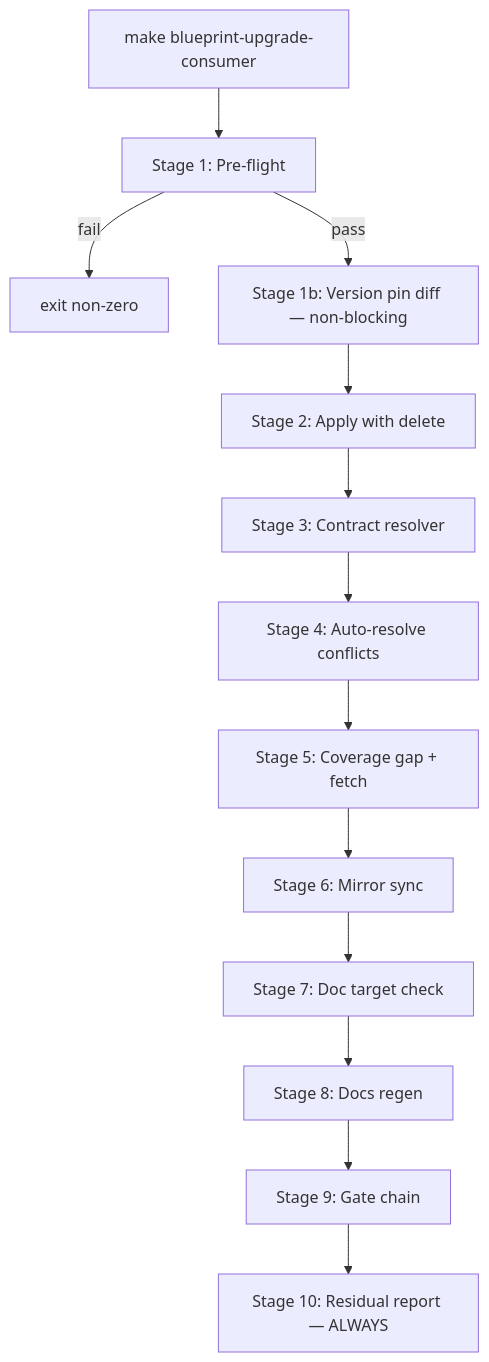
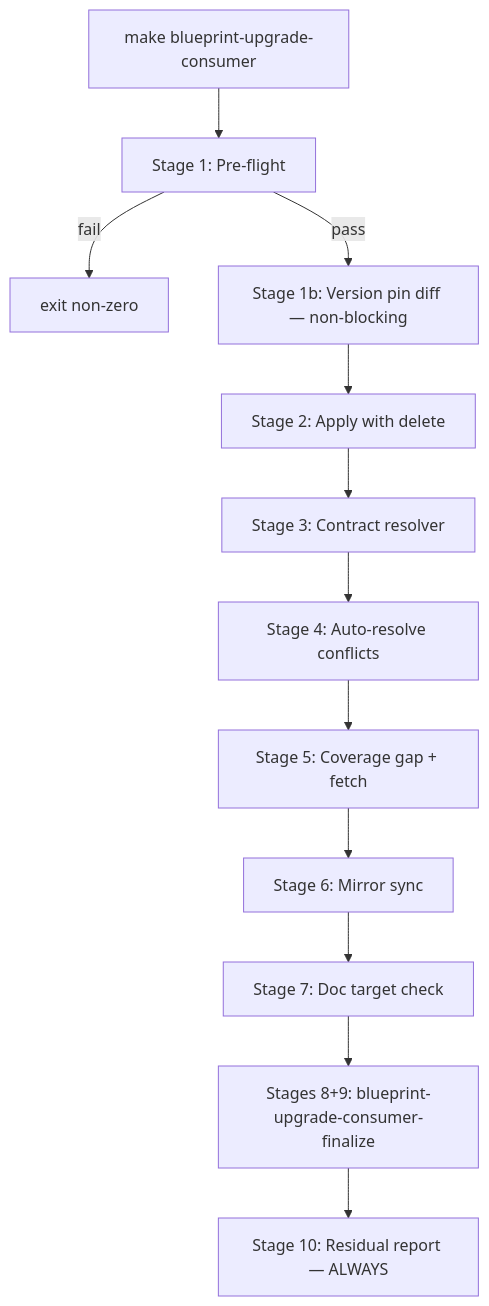
Before and after one commit to sbonoc/stackit-platform-blueprint: the diagram in docs/blueprint/architecture/decisions/ADR-20260425-scripted-upgrade-pipeline.md, drawn with Mermaid. The commit also changed other lines of this file, not shown here.

Commit message:
docs(issue-267-269-pipeline-finalize-auto-clone): update pipeline ADR — Stages 8+9 consolidated into finalize target

````diff
--- a/docs/blueprint/architecture/decisions/ADR-20260425-scripted-upgrade-pipeline.md
+++ b/docs/blueprint/architecture/decisions/ADR-20260425-scripted-upgrade-pipeline.md
@@ -69,15 +69,14 @@
 ```mermaid
 flowchart TD
   A[make blueprint-upgrade-consumer] --> S1[Stage 1: Pre-flight]
   S1 -->|fail| ERR[exit non-zero]
   S1 -->|pass| S1b[Stage 1b: Version pin diff — non-blocking]
   S1b --> S2[Stage 2: Apply with delete]
   S2 --> S3[Stage 3: Contract resolver]
   S3 --> S4[Stage 4: Auto-resolve conflicts]
   S4 --> S5[Stage 5: Coverage gap + fetch]
   S5 --> S6[Stage 6: Mirror sync]
   S6 --> S7[Stage 7: Doc target check]
-  S7 --> S8[Stage 8: Docs regen]
-  S8 --> S9[Stage 9: Gate chain]
-  S9 --> S10[Stage 10: Residual report — ALWAYS]
+  S7 --> S89[Stages 8+9: blueprint-upgrade-consumer-finalize]
+  S89 --> S10[Stage 10: Residual report — ALWAYS]
 ```
````
